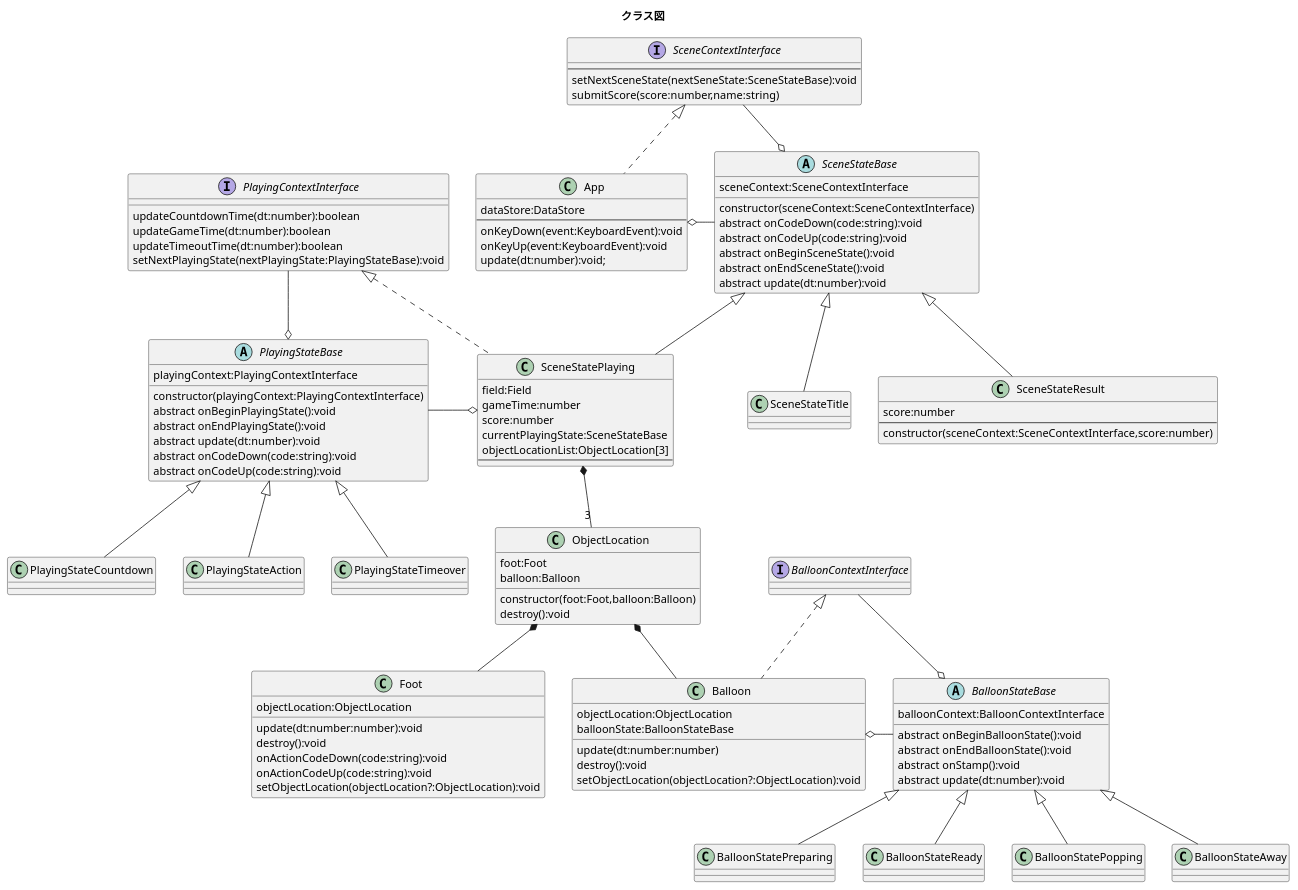
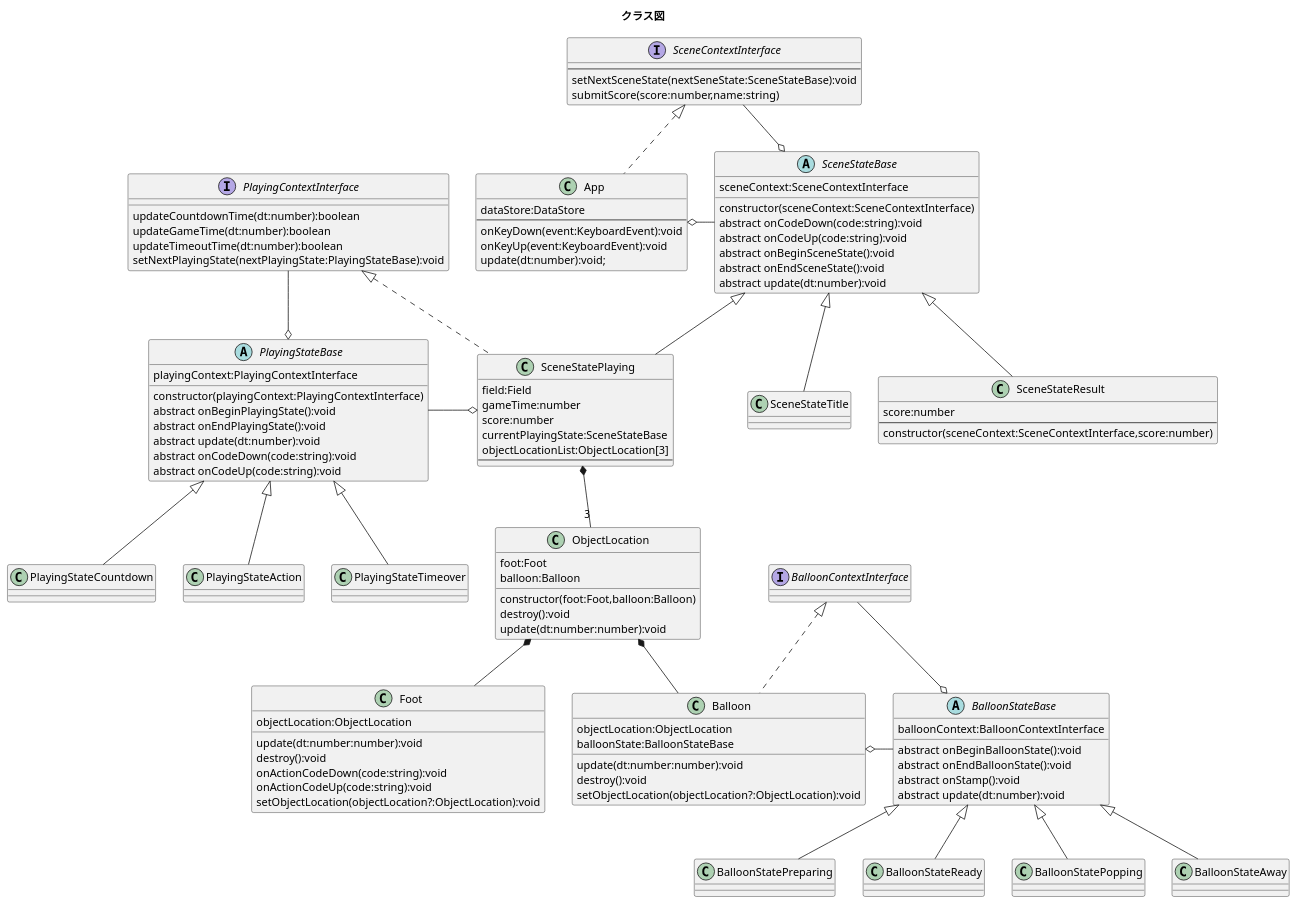
The diagram in uml/class-diagram.puml (novogrammer/balloon-popping-game), drawn with PlantUML before and after one commit. The commit also changed 12 other files, not shown here.

```diff
--- a/uml/class-diagram.puml
+++ b/uml/class-diagram.puml
@@ -1,143 +1,144 @@
 @startuml クラス図
 title クラス図
 
 abstract class BalloonStateBase{
   balloonContext:BalloonContextInterface
   abstract onBeginBalloonState():void
   abstract onEndBalloonState():void
   abstract onStamp():void
   abstract update(dt:number):void
 }
 class BalloonStatePreparing extends BalloonStateBase{
 
 }
 class BalloonStateReady extends BalloonStateBase{
 
 }
 class BalloonStatePopping extends BalloonStateBase{
 
 }
 class BalloonStateAway extends BalloonStateBase{
 
 }
 
 
 interface BalloonContextInterface{
 
 }
 
 
 
 class ObjectLocation{
   foot:Foot
   balloon:Balloon
   constructor(foot:Foot,balloon:Balloon)
   destroy():void
+  update(dt:number:number):void
 }
 
 class Foot{
   objectLocation:ObjectLocation
   update(dt:number:number):void
   destroy():void
   onActionCodeDown(code:string):void
   onActionCodeUp(code:string):void
   setObjectLocation(objectLocation?:ObjectLocation):void
 }
 
 class Balloon implements BalloonContextInterface{
   objectLocation:ObjectLocation
   balloonState:BalloonStateBase
 
-  update(dt:number:number)
+  update(dt:number:number):void
   destroy():void
   setObjectLocation(objectLocation?:ObjectLocation):void
 }
 
 abstract class PlayingStateBase{
   playingContext:PlayingContextInterface
 
   constructor(playingContext:PlayingContextInterface)
   abstract onBeginPlayingState():void
   abstract onEndPlayingState():void
   abstract update(dt:number):void
   abstract onCodeDown(code:string):void
   abstract onCodeUp(code:string):void
 }
 
 class PlayingStateCountdown extends PlayingStateBase{
 
 }
 class PlayingStateAction extends PlayingStateBase{
 
 }
 
 class PlayingStateTimeover extends PlayingStateBase{
 
 }
 
 interface PlayingContextInterface{
   updateCountdownTime(dt:number):boolean
   updateGameTime(dt:number):boolean
   updateTimeoutTime(dt:number):boolean
   setNextPlayingState(nextPlayingState:PlayingStateBase):void
 }
 
 abstract class SceneStateBase{
   sceneContext:SceneContextInterface
 
   constructor(sceneContext:SceneContextInterface)
   abstract onCodeDown(code:string):void
   abstract onCodeUp(code:string):void
   abstract onBeginSceneState():void
   abstract onEndSceneState():void
   abstract update(dt:number):void
 }
 
 class SceneStateTitle extends SceneStateBase{
 }
 class SceneStatePlaying extends SceneStateBase implements PlayingContextInterface{
   field:Field
   gameTime:number
   score:number
   currentPlayingState:SceneStateBase
   objectLocationList:ObjectLocation[3]
   --
 }
 class SceneStateResult extends SceneStateBase{
   score:number
   --
   constructor(sceneContext:SceneContextInterface,score:number)
 }
 
 
 interface SceneContextInterface{
   --
   setNextSceneState(nextSeneState:SceneStateBase):void
   submitScore(score:number,name:string)
 }
 
 class App implements SceneContextInterface{
   dataStore:DataStore
   --
   onKeyDown(event:KeyboardEvent):void
   onKeyUp(event:KeyboardEvent):void
   update(dt:number):void;
 }
 
 
 SceneStateBase o-up- SceneContextInterface
 App o-right- SceneStateBase
 
 SceneStatePlaying *-- "3" ObjectLocation
 ObjectLocation *-- Foot
 ObjectLocation *-- Balloon
 
 
 BalloonStateBase o-up- BalloonContextInterface
 Balloon o-right- BalloonStateBase
 
 
 PlayingStateBase o-up- PlayingContextInterface
 SceneStatePlaying o-left- PlayingStateBase
 
 @enduml
```
